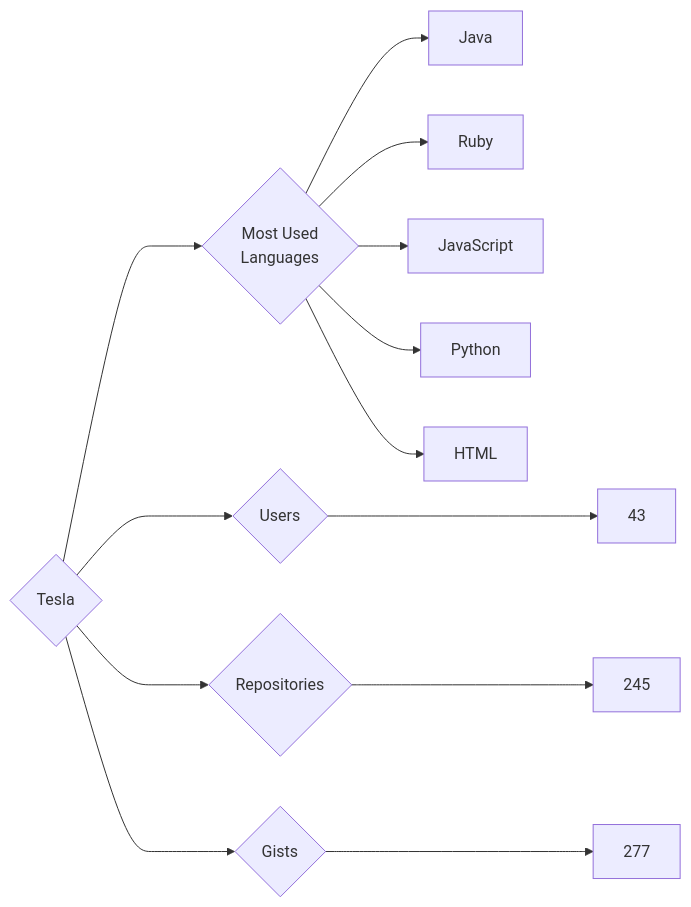
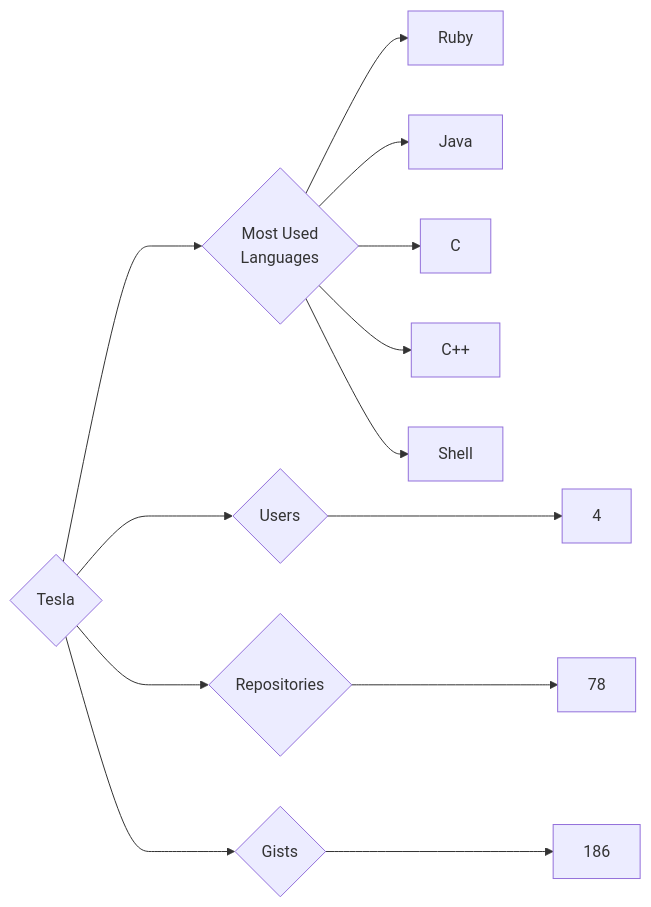
Before and after one commit to trickest/insiders: the diagram in targets/Tesla/README.md, drawn with Mermaid. The commit also changed 903 other files, not shown here.

````diff
--- a/targets/Tesla/README.md
+++ b/targets/Tesla/README.md
@@ -3,13 +3,13 @@
 ```mermaid
 graph LR
 COMPANY_NAME{Tesla}
-COMPANY_NAME ---> U{Users} ---> UN[43]
-COMPANY_NAME ---> R{Repositories} ---> RN[245]
-COMPANY_NAME ---> G{Gists} ---> GN[277]
+COMPANY_NAME ---> U{Users} ---> UN[4]
+COMPANY_NAME ---> R{Repositories} ---> RN[78]
+COMPANY_NAME ---> G{Gists} ---> GN[186]
 COMPANY_NAME ---> ML{Most Used<br>Languages}
+ML --> Ruby[Ruby]
 ML --> Java[Java]
-ML --> Ruby[Ruby]
-ML --> JavaScript[JavaScript]
-ML --> Python[Python]
-ML --> HTML[HTML]
+ML --> C[C]
+ML --> C++[C++]
+ML --> Shell[Shell]
 ```
````
